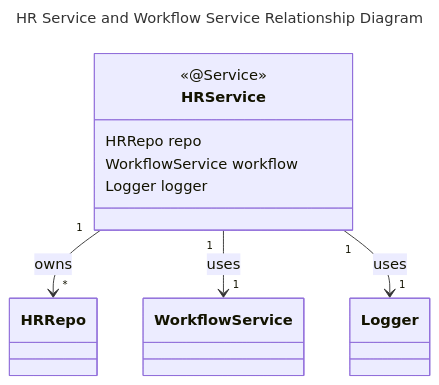
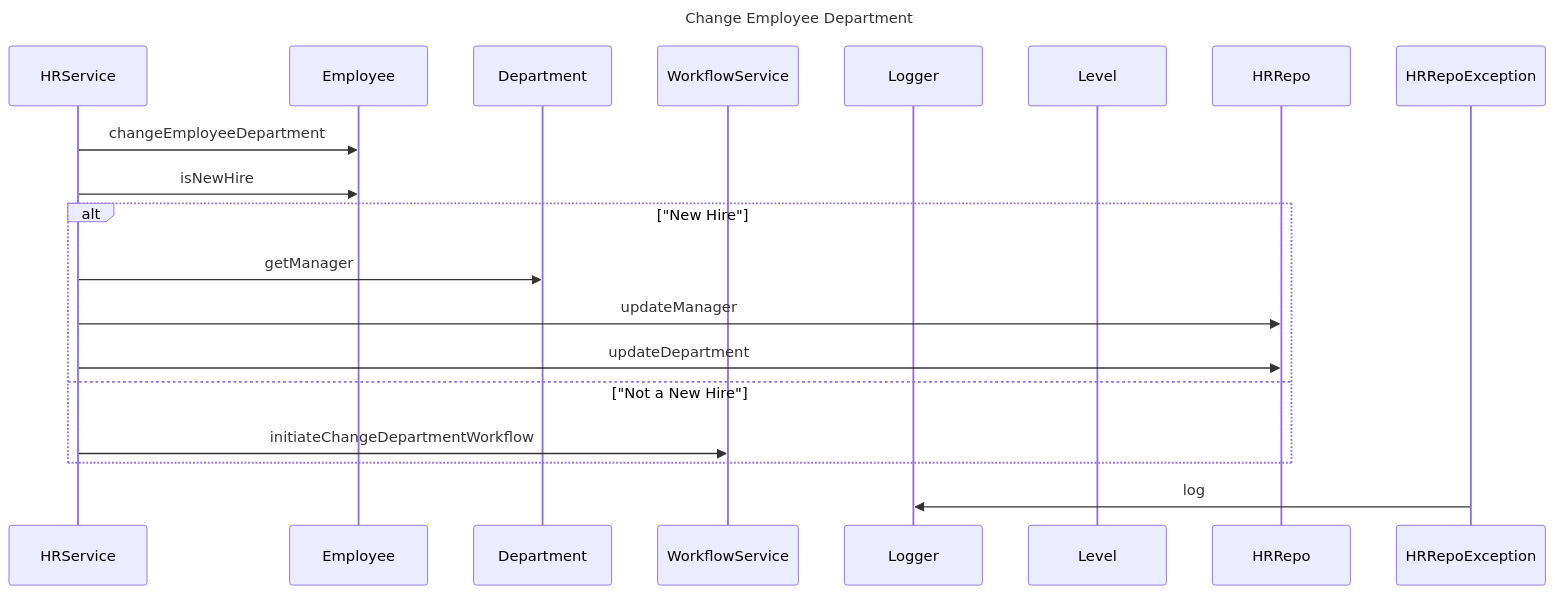
The diagram in mermaid.mmd (RichardHightower/docgen), drawn with Mermaid before and after one commit. The commit also changed 19 other files, not shown here.

```diff
--- a/mermaid.mmd
+++ b/mermaid.mmd
@@ -1,27 +1,24 @@
 ---
-title: HR Service and Workflow Service Relationship Diagram
+title: Change Employee Department
 ---
-classDiagram
 
-  class HRService {
-    <<@Service>>
-    HRRepo repo
-    WorkflowService workflow
-    Logger logger
-  }
-  
-  class WorkflowService {
-  
-  }
-  
-  class HRRepo {
-  
-  }
-  
-  class Logger {
-  
-  }
-  
-  HRService "1" --> "*" HRRepo : owns
-  HRService "1" --> "1" WorkflowService : uses
-  HRService "1" --> "1" Logger : uses
+sequenceDiagram
+    participant HRService
+    participant Employee
+    participant Department
+    participant WorkflowService
+    participant Logger
+    participant Level
+    participant HRRepo
+    participant HRRepoException
+
+    HRService->>Employee: changeEmployeeDepartment
+    HRService->>Employee: isNewHire
+    alt "New Hire"
+        HRService->>Department: getManager
+        HRService->>HRRepo: updateManager
+        HRService->>HRRepo: updateDepartment
+    else "Not a New Hire"
+        HRService->>WorkflowService: initiateChangeDepartmentWorkflow
+    end
+    HRRepoException->>Logger: log
```
